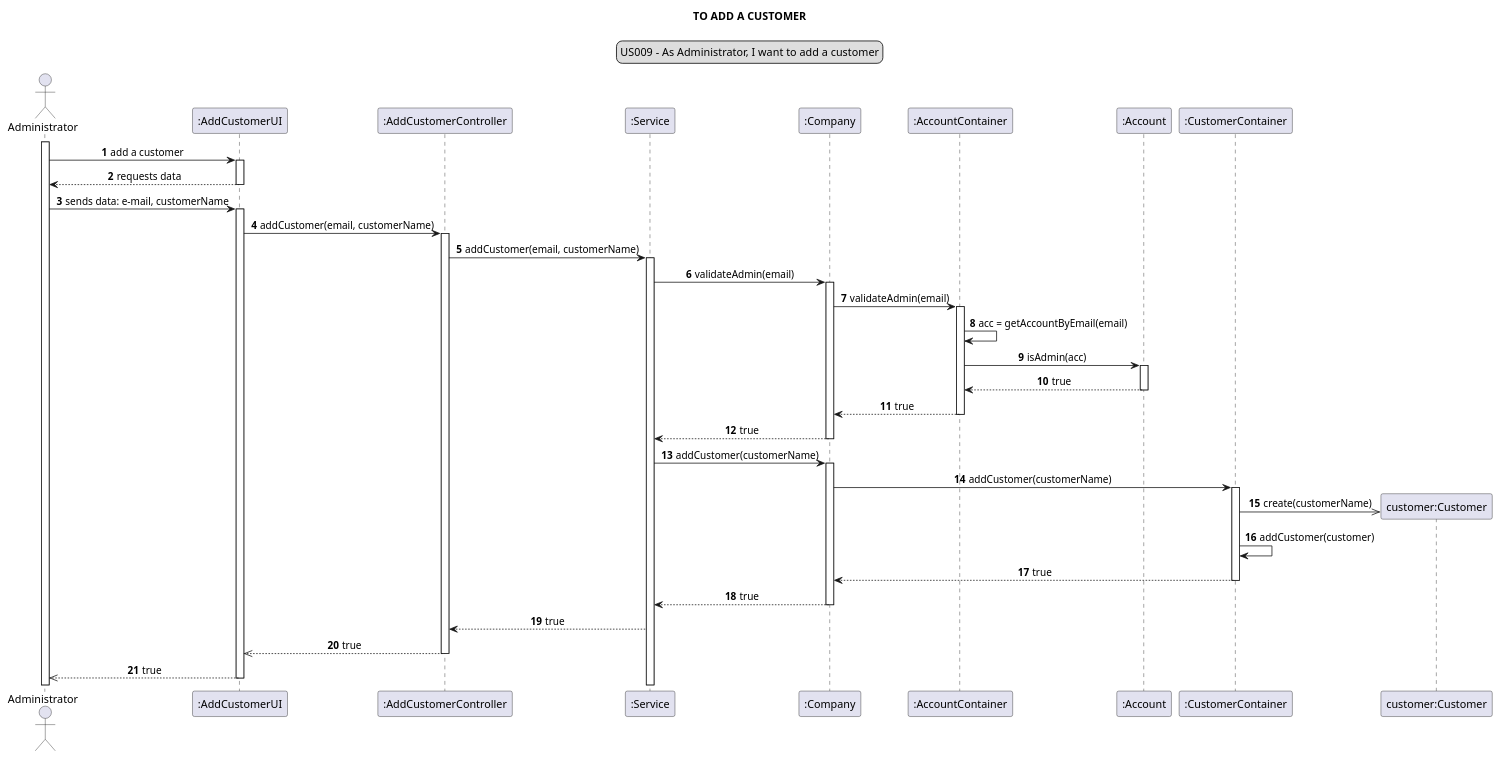
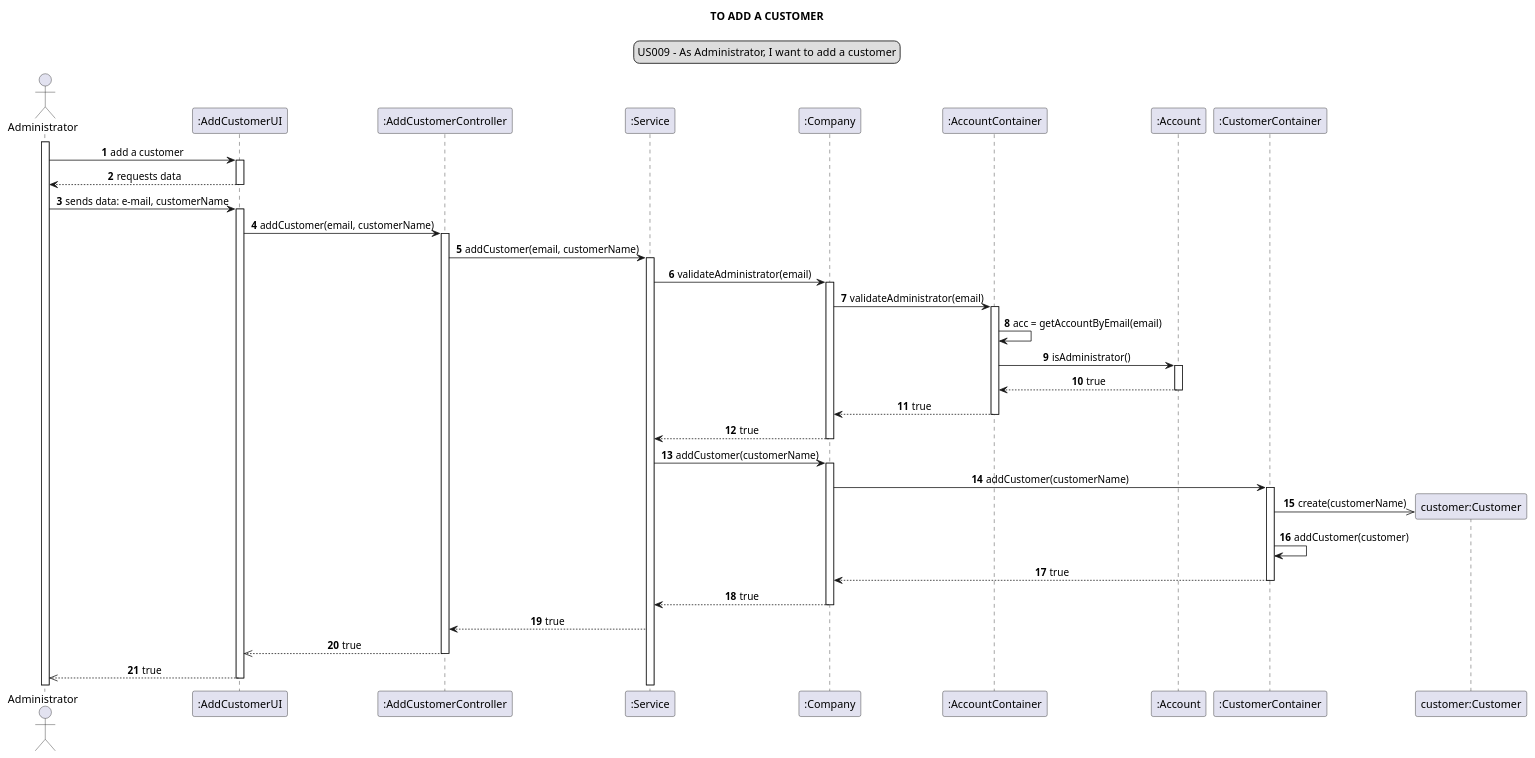
The diagram in docs/modelling_design/user_stories/us009/US009_sequenceDiagram.puml (Loracline/project_switch_22-23), drawn with PlantUML before and after one commit. The commit also changed 1 other file, not shown here.

Commit message:
US009 : Design : refinement os Class Diagram and Sequence Diagram (changed short form "admin" to "administrator").

```diff
--- a/docs/modelling_design/user_stories/us009/US009_sequenceDiagram.puml
+++ b/docs/modelling_design/user_stories/us009/US009_sequenceDiagram.puml
@@ -1,60 +1,60 @@
 @startuml
 skinparam sequenceMessageAlign center
 title TO ADD A CUSTOMER
 legend top
 US009 - As Administrator, I want to add a customer
 end legend
 autonumber
 actor Administrator
 participant ":AddCustomerUI" as ui
 participant ":AddCustomerController" as controller
 participant ":Service" as service
 participant ":Company" as company
 participant ":AccountContainer" as accContainer
 participant ":Account" as acc
 participant ":CustomerContainer" as container
 participant "customer:Customer" as customer
 
 activate Administrator
 Administrator -> ui: add a customer
 activate ui
 ui --> Administrator: requests data
 deactivate ui
 Administrator -> ui: sends data: e-mail, customerName
 activate ui
 ui -> controller: addCustomer(email, customerName)
 activate controller
 controller -> service: addCustomer(email, customerName)
 activate service
-service -> company: validateAdmin(email)
+service -> company: validateAdministrator(email)
 activate company
-company -> accContainer: validateAdmin(email)
+company -> accContainer: validateAdministrator(email)
 activate accContainer
 accContainer -> accContainer: acc = getAccountByEmail(email)
-accContainer -> acc: isAdmin(acc)
+accContainer -> acc: isAdministrator()
 activate acc
 acc --> accContainer: true
 deactivate acc
 accContainer --> company: true
 deactivate accContainer
 company --> service: true
 deactivate company
 service -> company: addCustomer(customerName)
 activate company
 company -> container: addCustomer(customerName)
 create customer
 activate container
 container ->> customer: create(customerName)
 container -> container: addCustomer(customer)
 container --> company: true
 deactivate container
 company --> service: true
 deactivate company
 service --> controller: true
 
 controller -->> ui: true
 deactivate controller
 ui -->>Administrator: true
 deactivate ui
 
 @enduml
```
